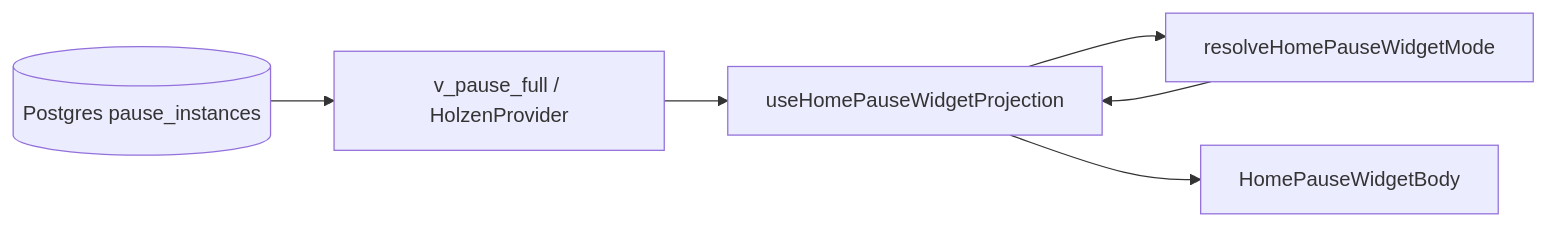
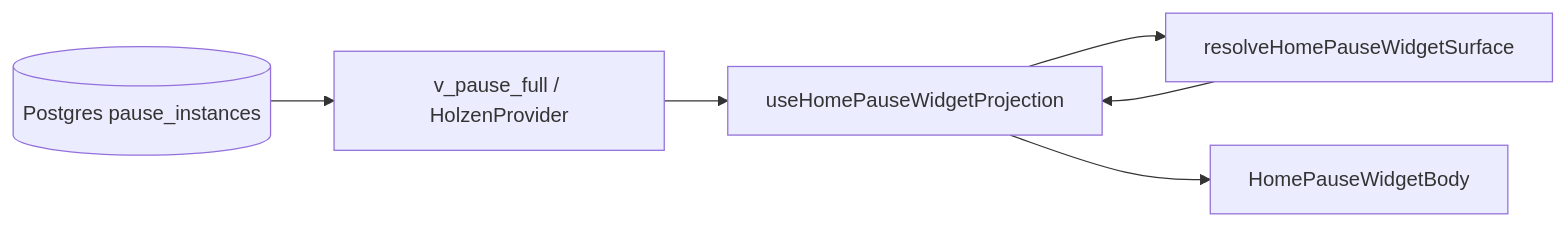
The diagram in docs/systems/home-pause-widget-projection.md (Angelguirao/holzen), drawn with Mermaid before and after one commit. The commit also changed other lines of this file and 25 other files, not shown here.

First line of the commit message:
refactor(pause): business widget surfaces and self-contained Home projection

````diff
--- a/docs/systems/home-pause-widget-projection.md
+++ b/docs/systems/home-pause-widget-projection.md
@@ -12,14 +12,14 @@
 ```mermaid
 flowchart LR
   PG[(Postgres pause_instances)]
   VF[v_pause_full / HolzenProvider]
-  RES[resolveHomePauseWidgetMode]
+  RES[resolveHomePauseWidgetSurface]
   PROJ[useHomePauseWidgetProjection]
   UI[HomePauseWidgetBody]
 
   PG --> VF
   VF --> PROJ
   PROJ --> RES
   RES --> PROJ
   PROJ --> UI
 ```
````
